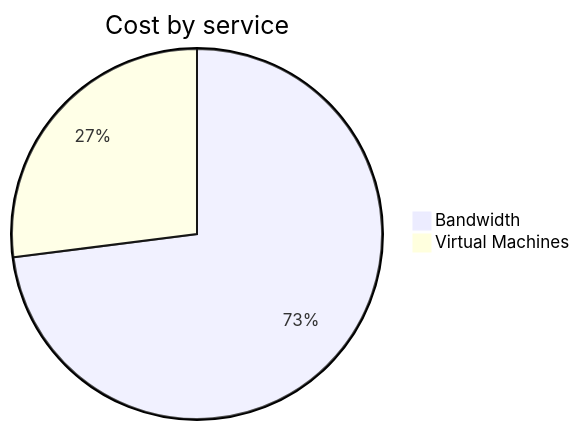
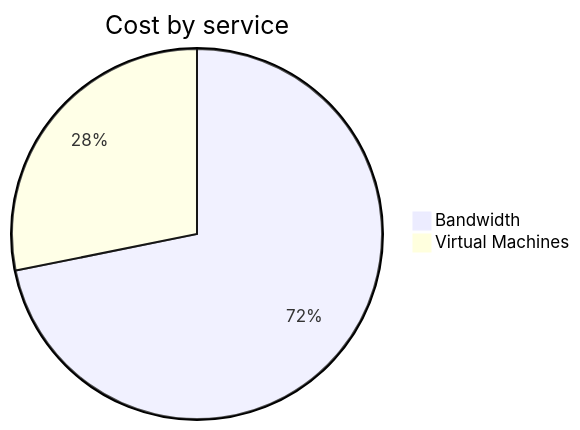
One commit to jpfulton/azure-personal-reports changed the second of 4 diagrams in cost-reports/personal-network/vpn-server.md. Above: the diagram before and after it, drawn with Mermaid. The commit also changed other lines of this file and 8 other files, not shown here.

````diff
--- a/cost-reports/personal-network/vpn-server.md
+++ b/cost-reports/personal-network/vpn-server.md
@@ -92,6 +92,6 @@
 ```mermaid
 pie
    title Cost by service
    "Bandwidth" : 8.16
-   "Virtual Machines" : 3.02
+   "Virtual Machines" : 3.20
 ```
````
